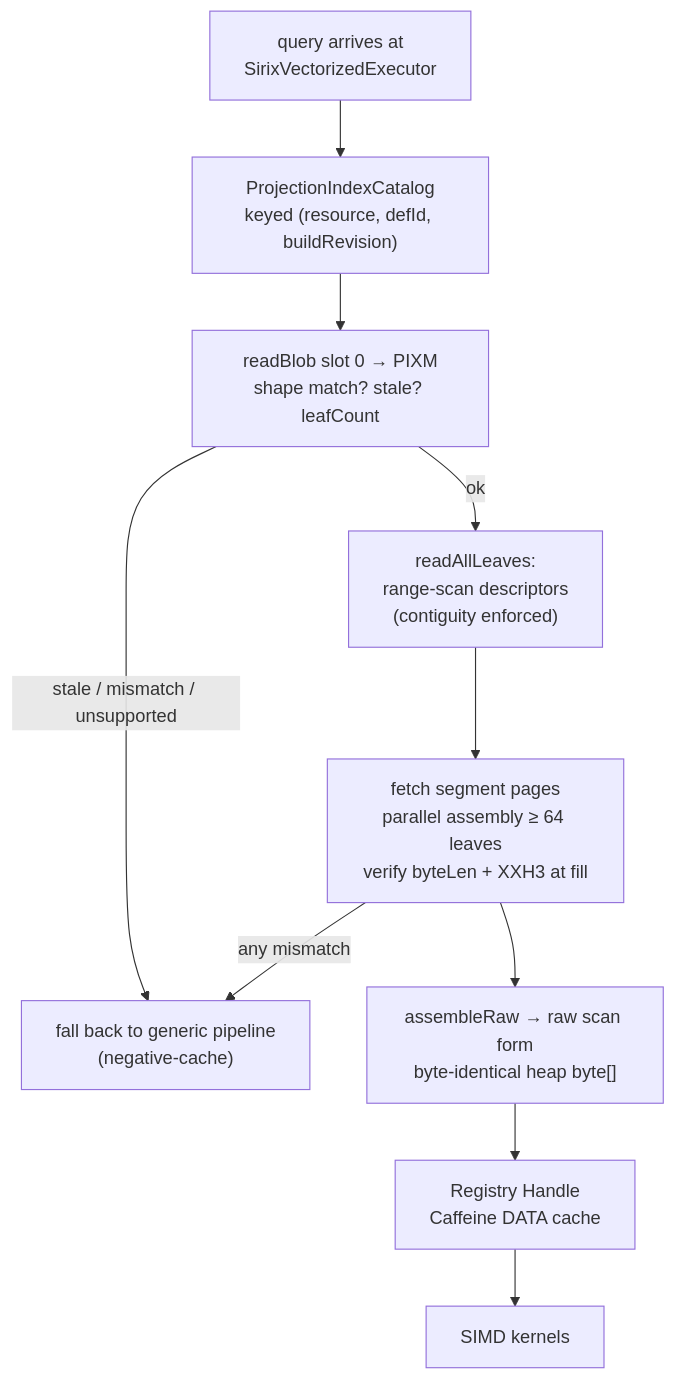
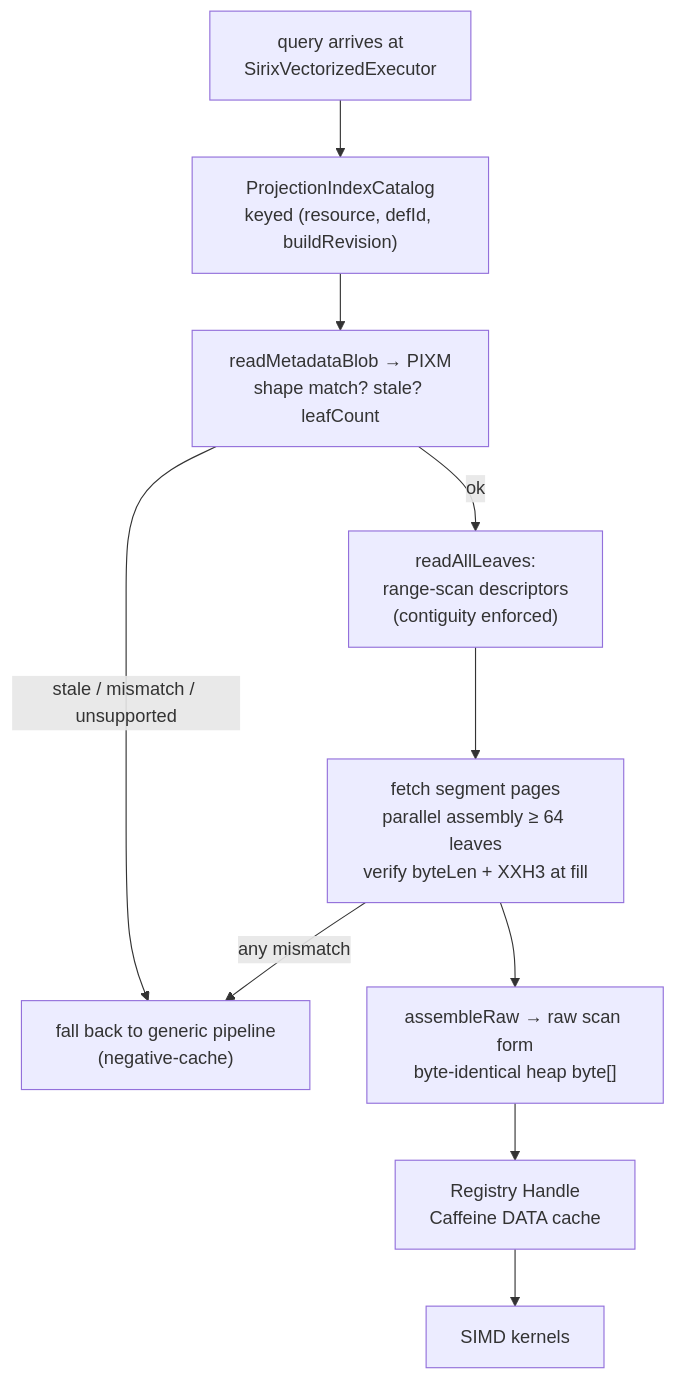
One commit to sirixdb/sirix changed the eighth of 15 diagrams in docs/PROJECTION_INDEX_DEEP_DIVE.md. Above: the diagram before and after it, drawn with Mermaid. The commit also changed other lines of this file and 52 other files, not shown here.

````diff
--- a/docs/PROJECTION_INDEX_DEEP_DIVE.md
+++ b/docs/PROJECTION_INDEX_DEEP_DIVE.md
@@ -738,12 +738,12 @@
 ```mermaid
 flowchart TD
     Q["query arrives at<br/>SirixVectorizedExecutor"] --> CAT["ProjectionIndexCatalog<br/>keyed (resource, defId, buildRevision)"]
-    CAT --> META["readBlob slot 0 → PIXM<br/>shape match? stale? leafCount"]
+    CAT --> META["readMetadataBlob → PIXM<br/>shape match? stale? leafCount"]
     META -- "stale / mismatch / unsupported" --> FB["fall back to generic pipeline<br/>(negative-cache)"]
     META -- ok --> RAL["readAllLeaves:<br/>range-scan descriptors<br/>(contiguity enforced)"]
     RAL --> SEG["fetch segment pages<br/>parallel assembly ≥ 64 leaves<br/>verify byteLen + XXH3 at fill"]
     SEG -- "any mismatch" --> FB
     SEG --> ASM["assembleRaw → raw scan form<br/>byte-identical heap byte[]"]
     ASM --> H["Registry Handle<br/>Caffeine DATA cache"]
     H --> K["SIMD kernels"]
 ```
````
